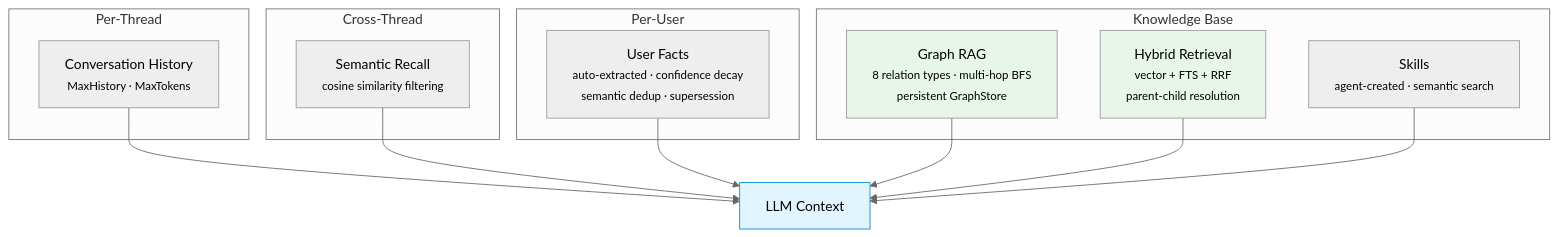
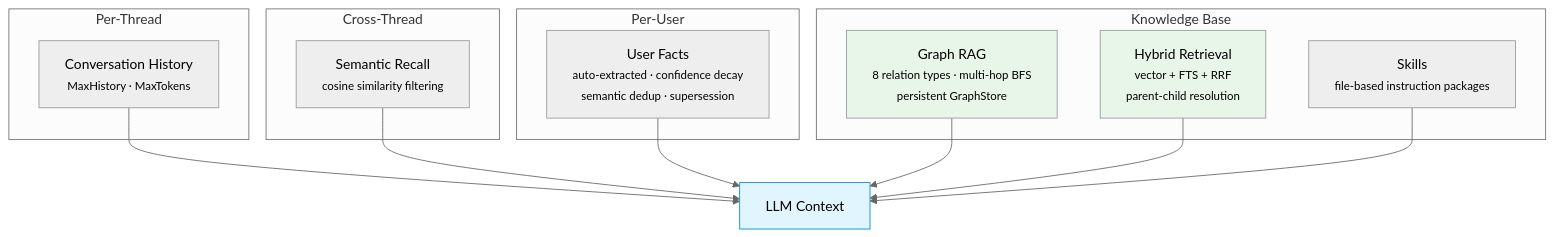
Before and after one commit to nevindra/oasis: the fifth of 9 diagrams in docs/index.md, drawn with Mermaid (neutral theme). The commit also changed other lines of this file and 15 other files, not shown here.

````diff
--- a/docs/index.md
+++ b/docs/index.md
@@ -212,31 +212,31 @@
 ```mermaid
 graph TB
     subgraph "Per-Thread"
         HIST["Conversation History<br/><small>MaxHistory · MaxTokens</small>"]
     end
 
     subgraph "Cross-Thread"
         SEM["Semantic Recall<br/><small>cosine similarity filtering</small>"]
     end
 
     subgraph "Per-User"
         FACTS["User Facts<br/><small>auto-extracted · confidence decay<br/>semantic dedup · supersession</small>"]
     end
 
     subgraph "Knowledge Base"
         GRAPHRAG["Graph RAG<br/><small>8 relation types · multi-hop BFS<br/>persistent GraphStore</small>"]
         HYBRIDRET["Hybrid Retrieval<br/><small>vector + FTS + RRF<br/>parent-child resolution</small>"]
-        SKILLS["Skills<br/><small>agent-created · semantic search</small>"]
+        SKILLS["Skills<br/><small>file-based instruction packages</small>"]
     end
 
     HIST --> LLM["LLM Context"]
     SEM --> LLM
     FACTS --> LLM
     GRAPHRAG --> LLM
     HYBRIDRET --> LLM
     SKILLS --> LLM
 
     style LLM fill:#e1f5fe,stroke:#0288d1
     style GRAPHRAG fill:#e8f5e9
     style HYBRIDRET fill:#e8f5e9
 ```
````
